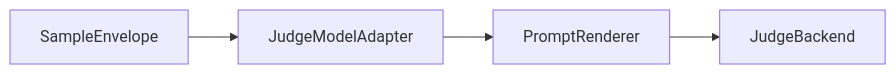
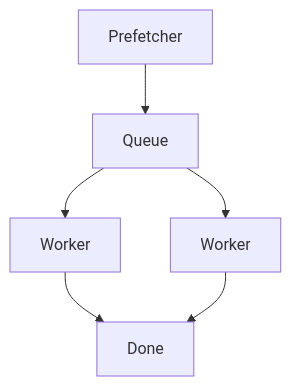
One commit to HiThink-Research/GAGE changed the tenth of 12 diagrams in README.md. Above: the diagram before and after it, drawn with Mermaid. The commit also changed other lines of this file and 42 other files, not shown here.

````diff
--- a/README.md
+++ b/README.md
@@ -915,6 +994,8 @@
 ```mermaid
-flowchart LR
-    SampleEnv[SampleEnvelope] --> JudgeAdapter[JudgeModelAdapter]
-    JudgeAdapter --> Renderer[PromptRenderer]
-    Renderer --> JudgeBackend[JudgeBackend]
+flowchart TD
+  Producer[Prefetcher] --> Q[Queue]
+  Q --> W1[Worker]
+  Q --> W2[Worker]
+  W1 --> Done[Done]
+  W2 --> Done
 ```
````
